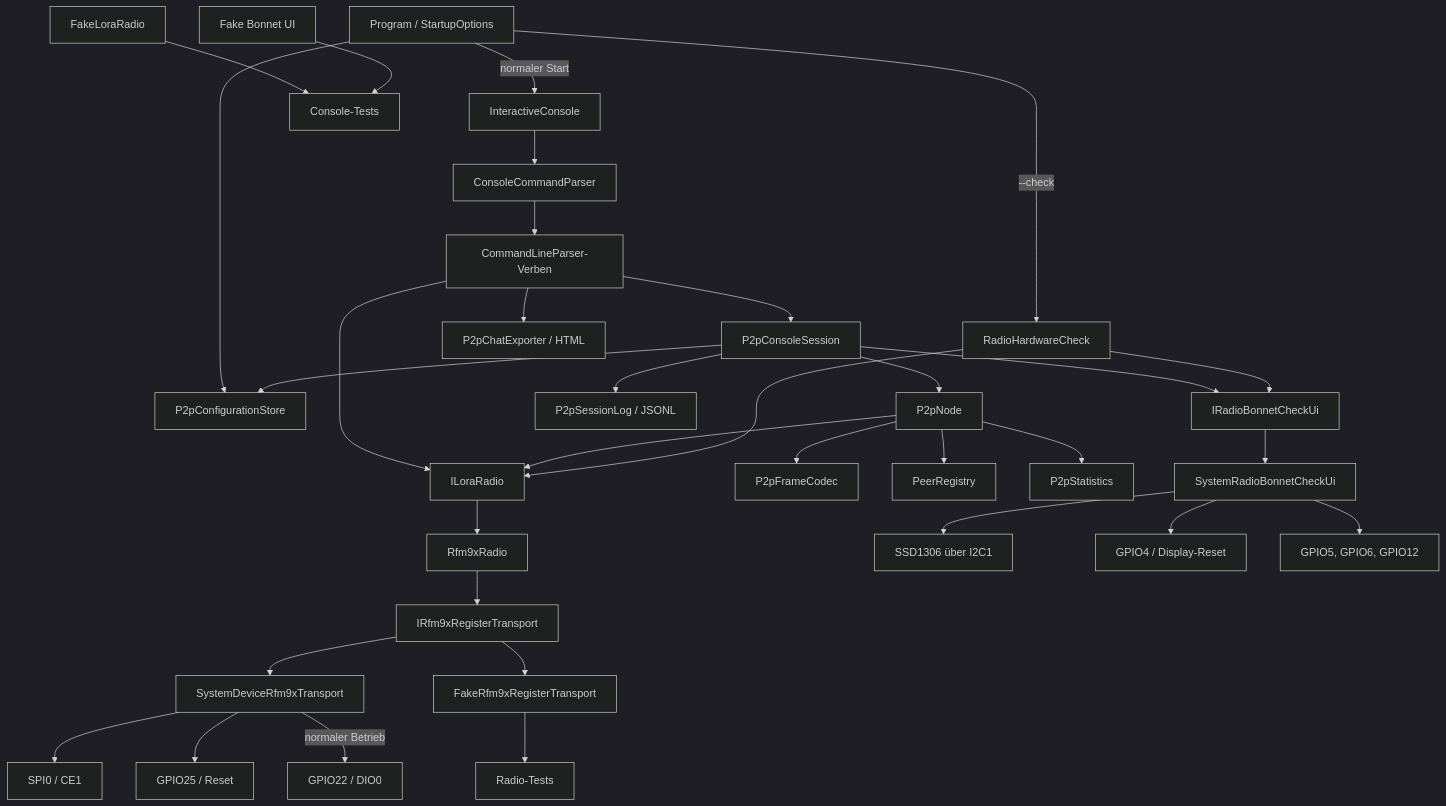
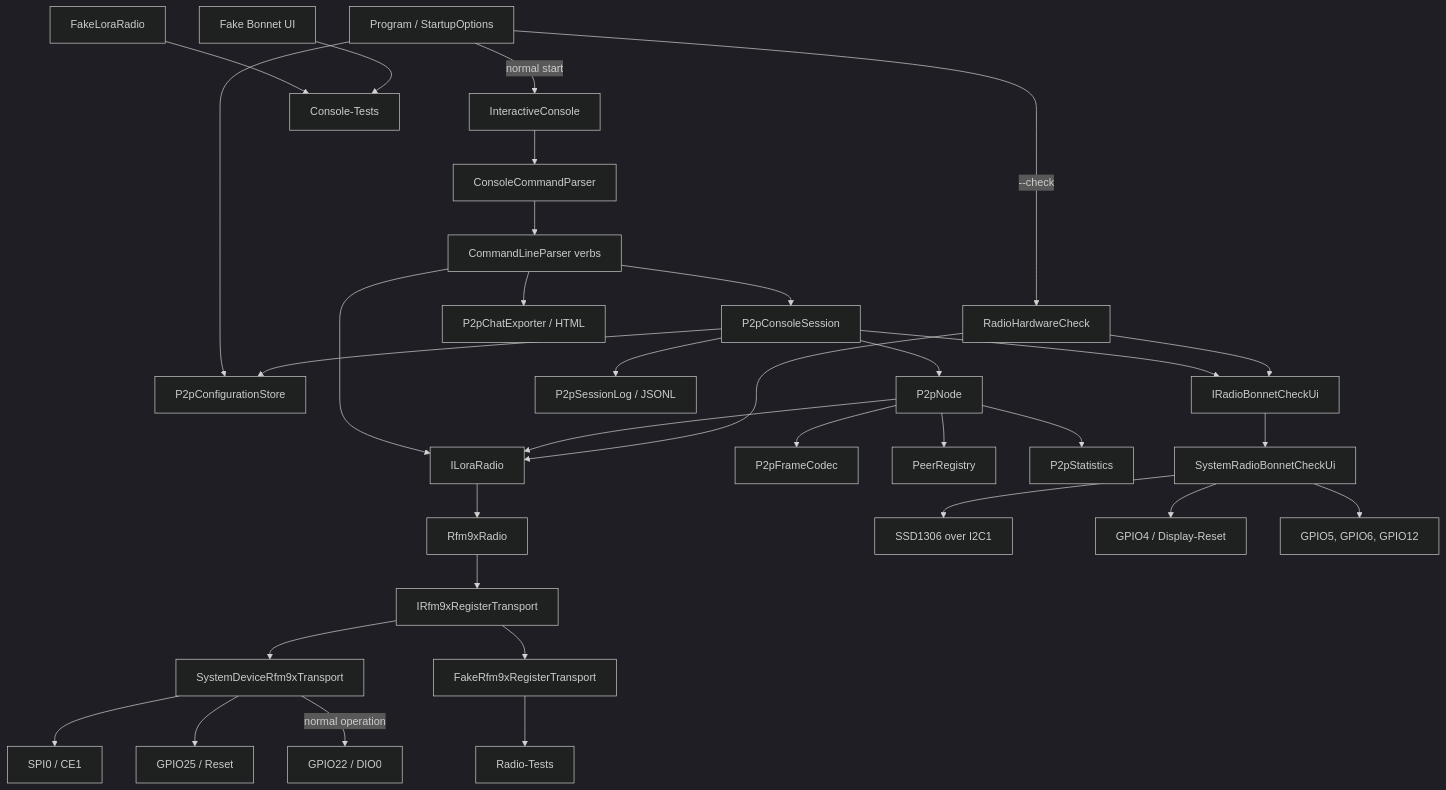
One commit to thomasbiel/LoRaP2P changed the diagram in docs/PRD.md. Above: the diagram before and after it, drawn with Mermaid (dark theme). The commit also changed other lines of this file and 20 other files, not shown here.

````diff
--- a/docs/PRD.md
+++ b/docs/PRD.md
@@ -201,43 +199,43 @@
 ```mermaid
 flowchart TD
     PROGRAM[Program / StartupOptions]
 
-    PROGRAM -->|normaler Start| CLI[InteractiveConsole]
+    PROGRAM -->|normal start| CLI[InteractiveConsole]
     PROGRAM -->|--check| CHECK[RadioHardwareCheck]
     PROGRAM --> P2P_CONFIG[P2pConfigurationStore]
 
     CLI --> PARSER[ConsoleCommandParser]
-    PARSER --> VERBS[CommandLineParser-Verben]
+    PARSER --> VERBS[CommandLineParser verbs]
     VERBS --> API[ILoraRadio]
     VERBS --> SESSION[P2pConsoleSession]
     SESSION --> P2P_NODE[P2pNode]
     SESSION --> P2P_CONFIG
     SESSION --> SESSION_LOG[P2pSessionLog / JSONL]
     SESSION --> BONNET_API
     VERBS --> EXPORT[P2pChatExporter / HTML]
     P2P_NODE --> CODEC[P2pFrameCodec]
     P2P_NODE --> PEERS[PeerRegistry]
     P2P_NODE --> STATS[P2pStatistics]
     P2P_NODE --> API
     CHECK --> API
     CHECK --> BONNET_API[IRadioBonnetCheckUi]
 
     API --> RADIO[Rfm9xRadio]
     RADIO --> PORT[IRfm9xRegisterTransport]
 
     PORT --> PI[SystemDeviceRfm9xTransport]
     PORT --> FAKE_TRANSPORT[FakeRfm9xRegisterTransport]
 
     PI --> SPI[SPI0 / CE1]
     PI --> RESET[GPIO25 / Reset]
-    PI -->|normaler Betrieb| DIO0[GPIO22 / DIO0]
+    PI -->|normal operation| DIO0[GPIO22 / DIO0]
 
     BONNET_API --> BONNET[SystemRadioBonnetCheckUi]
-    BONNET --> OLED[SSD1306 über I2C1]
+    BONNET --> OLED[SSD1306 over I2C1]
     BONNET --> DISPLAY_RESET[GPIO4 / Display-Reset]
     BONNET --> BUTTONS[GPIO5, GPIO6, GPIO12]
 
     FAKE_RADIO[FakeLoraRadio] --> CONSOLE_TESTS[Console-Tests]
     FAKE_BONNET[Fake Bonnet UI] --> CONSOLE_TESTS
     FAKE_TRANSPORT --> RADIO_TESTS[Radio-Tests]
 ```
````
